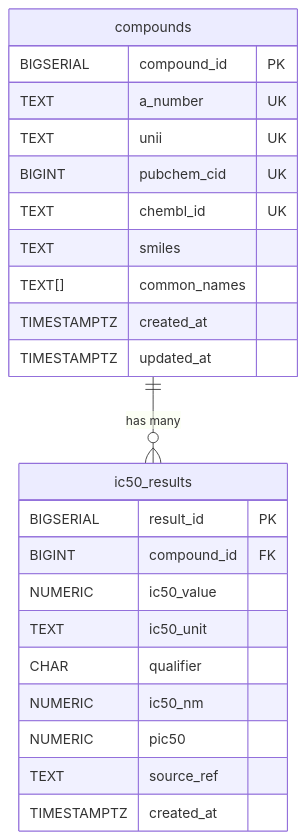
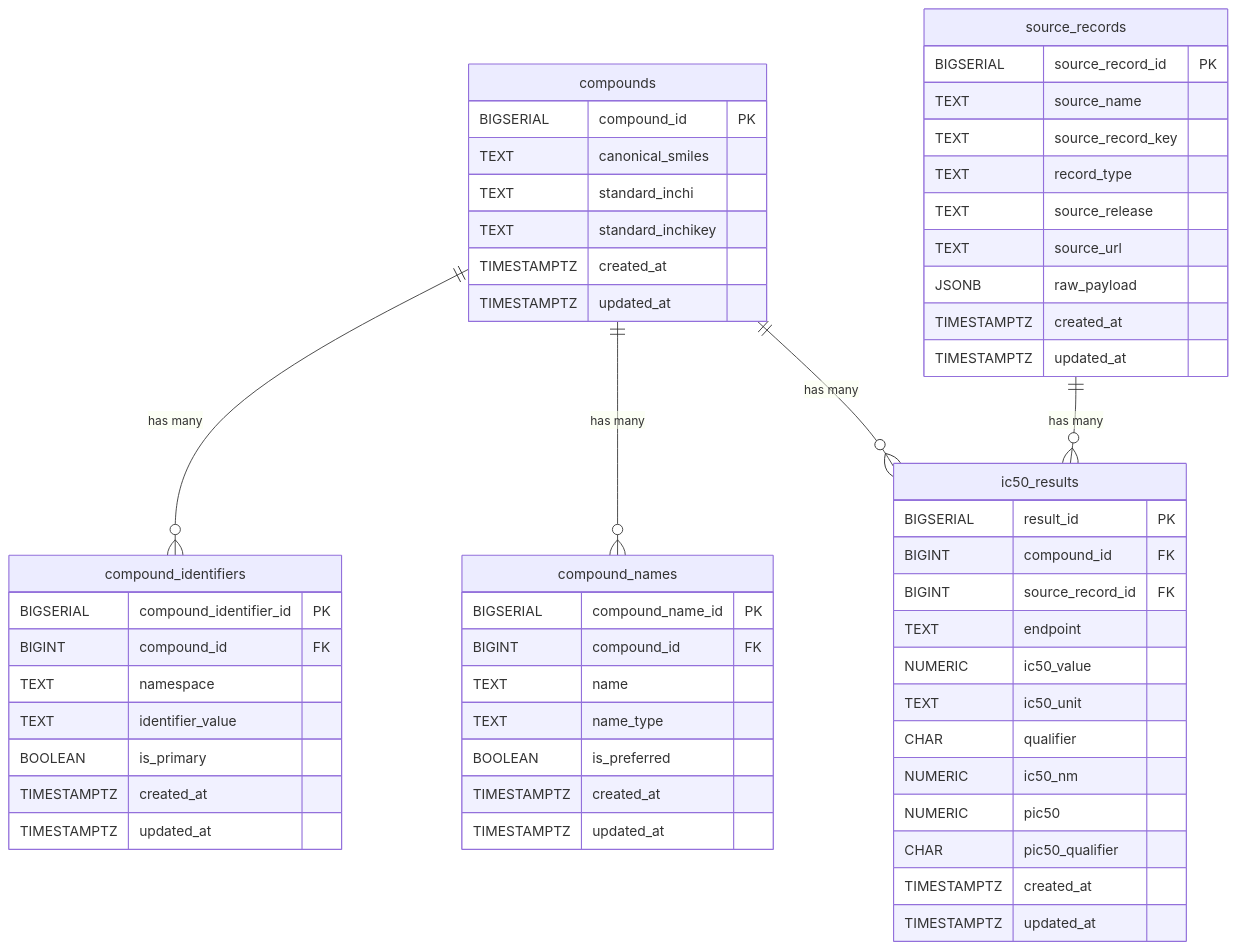
The diagram in README.md (a2tian-base/bioactivity-database), drawn with Mermaid before and after one commit. The commit also changed other lines of this file and 12 other files, not shown here.

````diff
--- a/README.md
+++ b/README.md
@@ -58,28 +72,63 @@
 ```mermaid
 erDiagram
+    compounds ||--o{ compound_identifiers : "has many"
+    compounds ||--o{ compound_names : "has many"
     compounds ||--o{ ic50_results : "has many"
+    source_records ||--o{ ic50_results : "has many"
 
     compounds {
         BIGSERIAL compound_id PK
-        TEXT a_number UK
-        TEXT unii UK
-        BIGINT pubchem_cid UK
-        TEXT chembl_id UK
-        TEXT smiles
-        TEXT[] common_names
+        TEXT canonical_smiles
+        TEXT standard_inchi
+        TEXT standard_inchikey
+        TIMESTAMPTZ created_at
+        TIMESTAMPTZ updated_at
+    }
+
+    compound_identifiers {
+        BIGSERIAL compound_identifier_id PK
+        BIGINT compound_id FK
+        TEXT namespace
+        TEXT identifier_value
+        BOOLEAN is_primary
+        TIMESTAMPTZ created_at
+        TIMESTAMPTZ updated_at
+    }
+
+    compound_names {
+        BIGSERIAL compound_name_id PK
+        BIGINT compound_id FK
+        TEXT name
+        TEXT name_type
+        BOOLEAN is_preferred
+        TIMESTAMPTZ created_at
+        TIMESTAMPTZ updated_at
+    }
+
+    source_records {
+        BIGSERIAL source_record_id PK
+        TEXT source_name
+        TEXT source_record_key
+        TEXT record_type
+        TEXT source_release
+        TEXT source_url
+        JSONB raw_payload
         TIMESTAMPTZ created_at
         TIMESTAMPTZ updated_at
     }
 
     ic50_results {
         BIGSERIAL result_id PK
         BIGINT compound_id FK
+        BIGINT source_record_id FK
+        TEXT endpoint
         NUMERIC ic50_value
         TEXT ic50_unit
         CHAR qualifier
         NUMERIC ic50_nm
         NUMERIC pic50
-        TEXT source_ref
+        CHAR pic50_qualifier
         TIMESTAMPTZ created_at
+        TIMESTAMPTZ updated_at
     }
 ```
````
